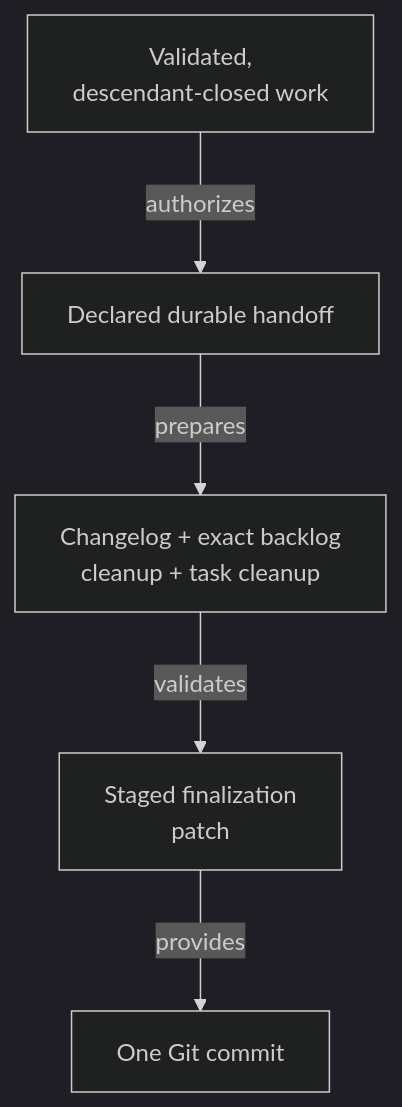
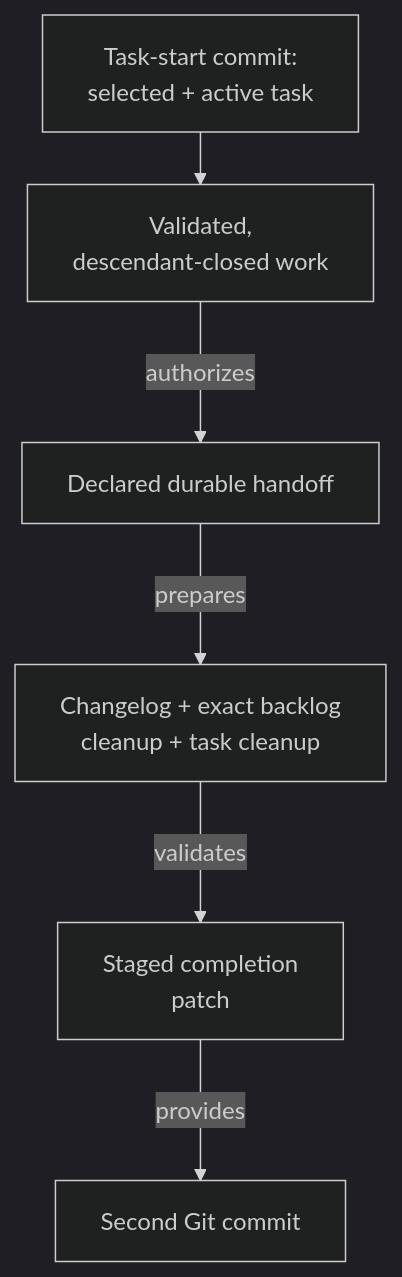
One commit to abstract-business-systems/as-is changed the diagram in skills/committing-completed-work/as-is.md. Above: the diagram before and after it, drawn with Mermaid (dark theme). The commit also changed other lines of this file and 10 other files, not shown here.

Commit message:
docs(protocol): define two-commit task flow

````diff
--- a/skills/committing-completed-work/as-is.md
+++ b/skills/committing-completed-work/as-is.md
@@ -16,11 +24,12 @@
 ```mermaid
 ---
 config:
   layout: elk
 ---
 flowchart TB
-    Evidence["Validated,<br/>descendant-closed work"] -->|authorizes| Scope["Declared durable handoff"]
+    Start["Task-start commit:<br/>selected + active task"] --> Evidence["Validated,<br/>descendant-closed work"]
+    Evidence -->|authorizes| Scope["Declared durable handoff"]
     Scope -->|prepares| Finalization["Changelog + exact backlog<br/>cleanup + task cleanup"]
-    Finalization -->|validates| Patch["Staged finalization<br/>patch"]
-    Patch -->|provides| Commit["One Git commit"]
+    Finalization -->|validates| Patch["Staged completion<br/>patch"]
+    Patch -->|provides| Commit["Second Git commit"]
 ```
````
